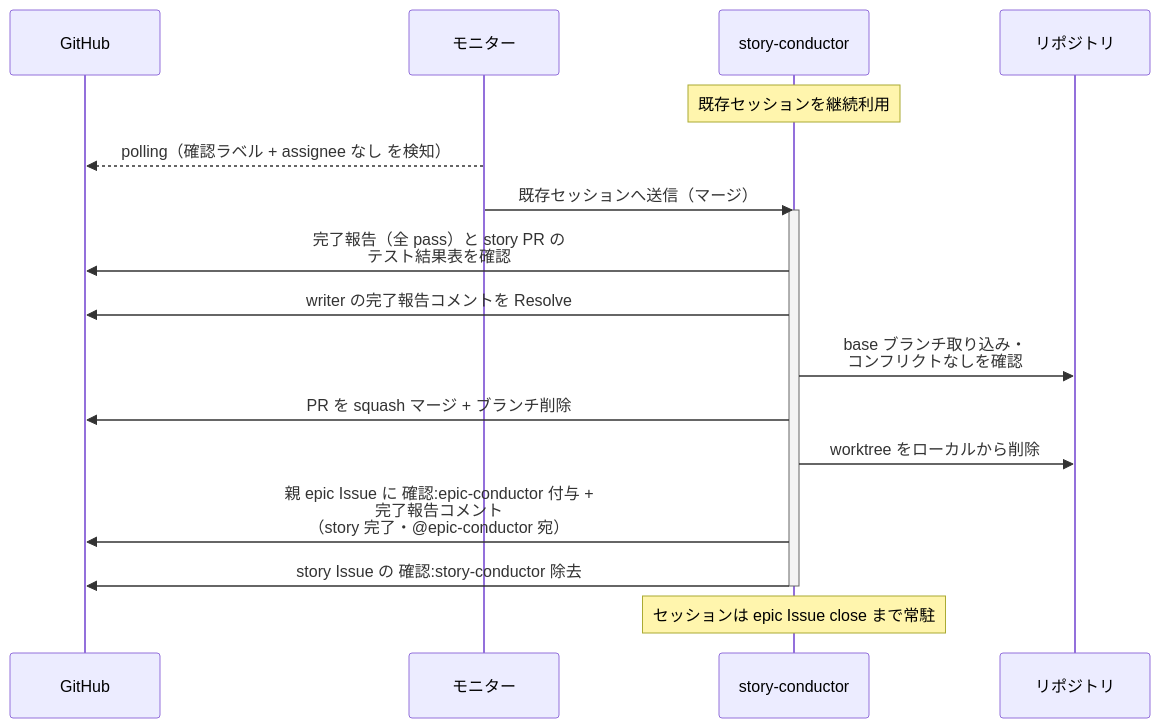
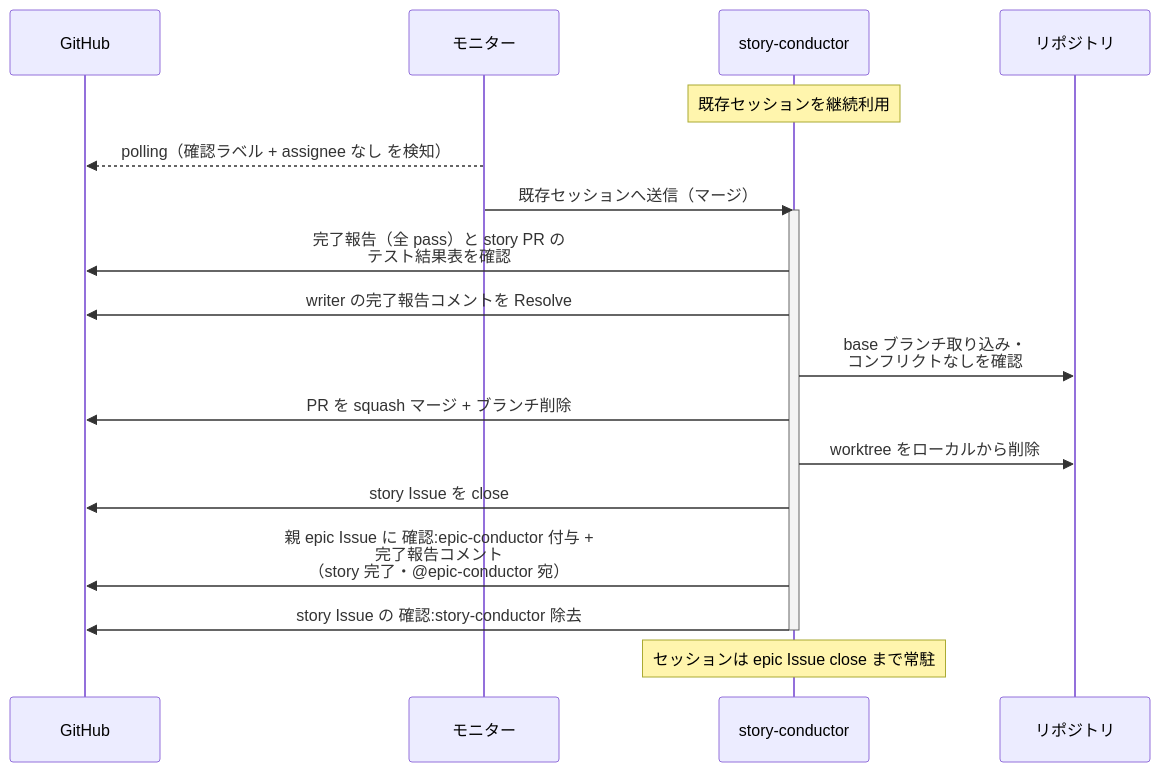
One commit to shuhei1101/ai-monitor changed the second of 6 diagrams in docs/wiki/設計図/シナリオ/単一ユースケース/マージ.md. Above: the diagram before and after it, drawn with Mermaid. The commit also changed other lines of this file and 52 other files, not shown here.

````diff
--- a/docs/wiki/設計図/シナリオ/単一ユースケース/マージ.md
+++ b/docs/wiki/設計図/シナリオ/単一ユースケース/マージ.md
@@ -71,21 +72,22 @@
 ```mermaid
 sequenceDiagram
   participant GH as GitHub
   participant ORC as モニター
   participant MON as story-conductor
   participant REPO as リポジトリ
 
   Note over MON: 既存セッションを継続利用
   ORC-->>GH: polling（確認ラベル + assignee なし を検知）
   ORC->>MON: 既存セッションへ送信（マージ）
   activate MON
   MON->>GH: 完了報告（全 pass）と story PR の<br>テスト結果表を確認
   MON->>GH: writer の完了報告コメントを Resolve
   MON->>REPO: base ブランチ取り込み・<br>コンフリクトなしを確認
   MON->>GH: PR を squash マージ + ブランチ削除
   MON->>REPO: worktree をローカルから削除
+  MON->>GH: story Issue を close
   MON->>GH: 親 epic Issue に 確認:epic-conductor 付与 +<br>完了報告コメント<br>（story 完了・@epic-conductor 宛）
   MON->>GH: story Issue の 確認:story-conductor 除去
   deactivate MON
   Note over MON: セッションは epic Issue close まで常駐
 ```
````
